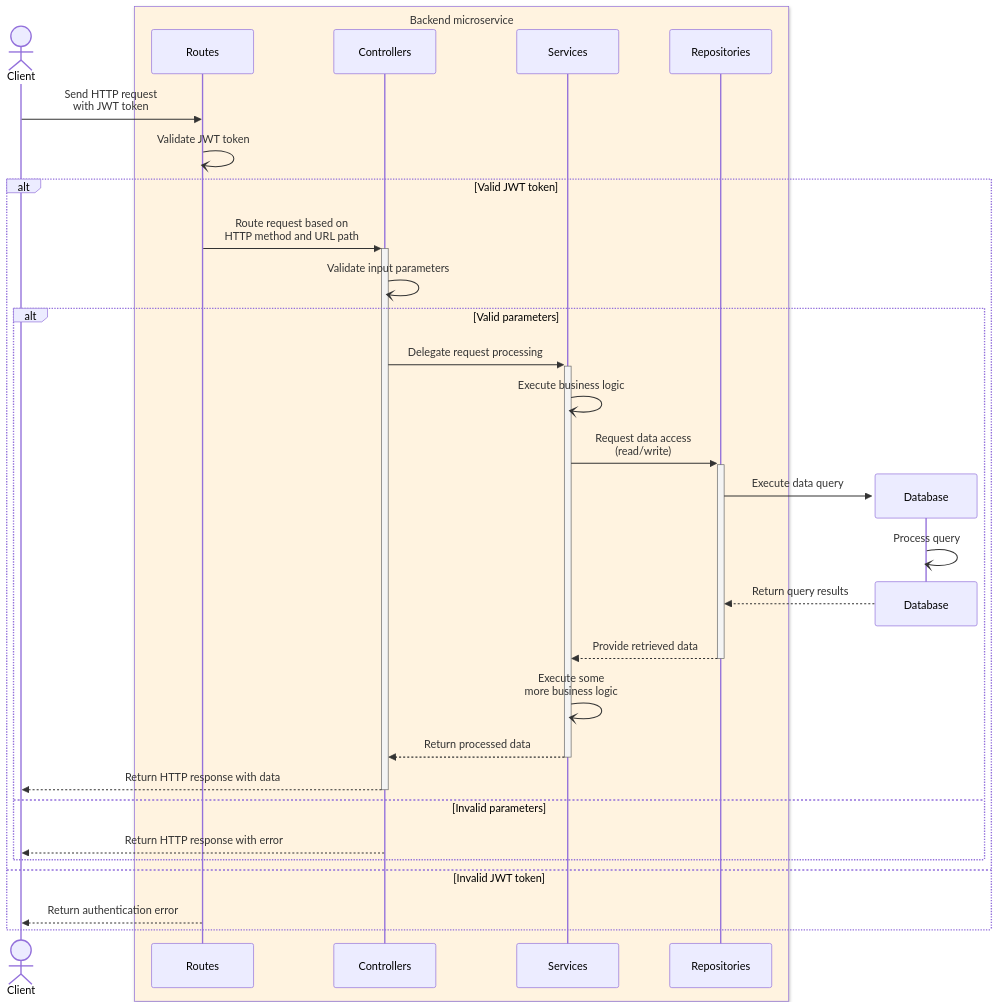
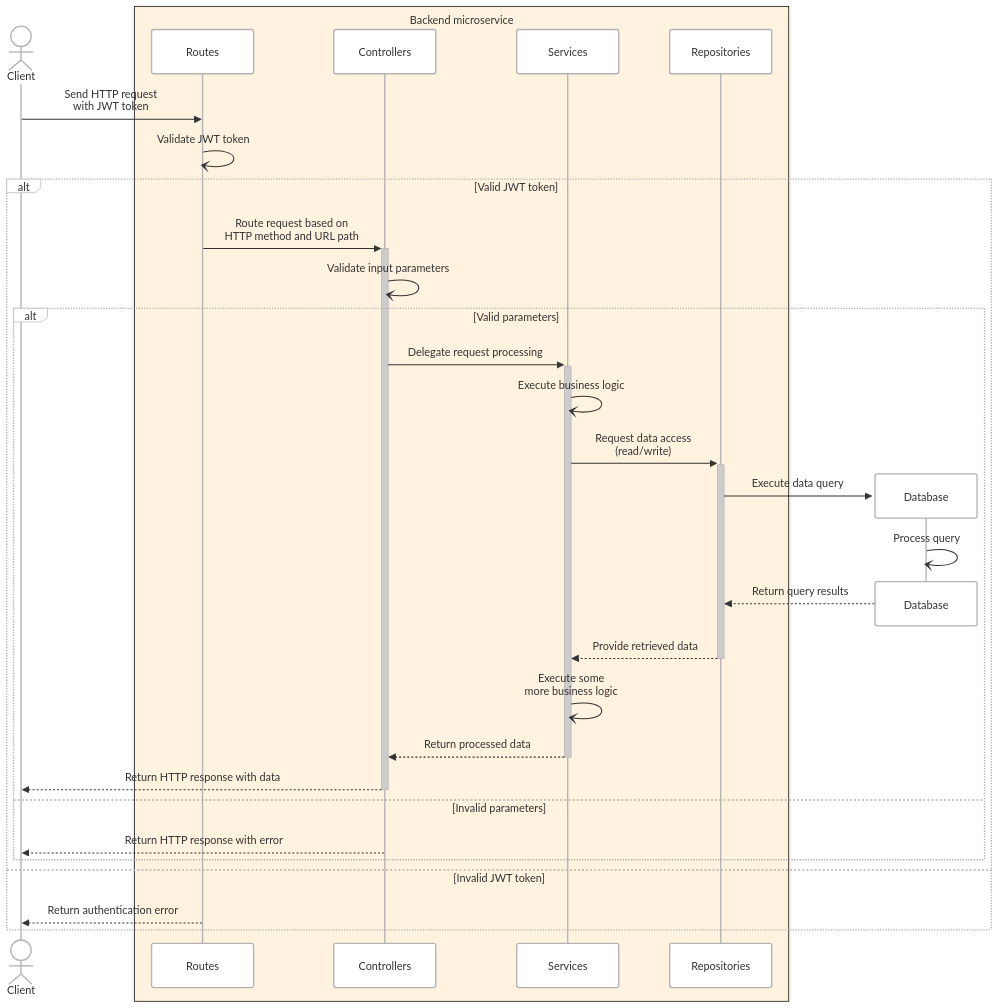
One commit to alberto-spadoni3/my-masters-thesis changed the diagram in figures/src/mcroservices_architecture.mmd. Above: the diagram before and after it, drawn with Mermaid. The commit also changed 1 other file, not shown here.

````diff
--- a/figures/src/mcroservices_architecture.mmd
+++ b/figures/src/mcroservices_architecture.mmd
@@ -5,34 +1,36 @@
-```mermaid
+---
+config:
+  theme: neo
+---
 sequenceDiagram
   actor Agent as Client
   box rgb(255,243,224) Backend microservice
     participant Routes as Routes
     participant Controllers as Controllers
     participant Services as Services
     participant Repositories as Repositories
   end
     Agent ->> Routes: Send HTTP request<br> with JWT token
     Routes -) Routes: Validate JWT token
   alt Valid JWT token
     Routes ->>+ Controllers: Route request based on<br>HTTP method and URL path
     Controllers -) Controllers: Validate input parameters
     alt Valid parameters
         Controllers ->>+ Services: Delegate request processing
         Services -) Services: Execute business logic
         Services ->>+ Repositories: Request data access<br> (read/write)
         create participant Database as Database 
         Repositories ->> Database: Execute data query
         Database -) Database: Process query
         destroy Database
         Database -->> Repositories: Return query results
         Repositories -->>- Services: Provide retrieved data
         Services -) Services: Execute some<br>more business logic
         Services -->>- Controllers: Return processed data
         Controllers -->>- Agent: Return HTTP response with data
     else Invalid parameters
         Controllers -->> Agent: Return HTTP response with error
     end
   else Invalid JWT token
     Routes -->> Agent: Return authentication error
   end
-  ```
````
